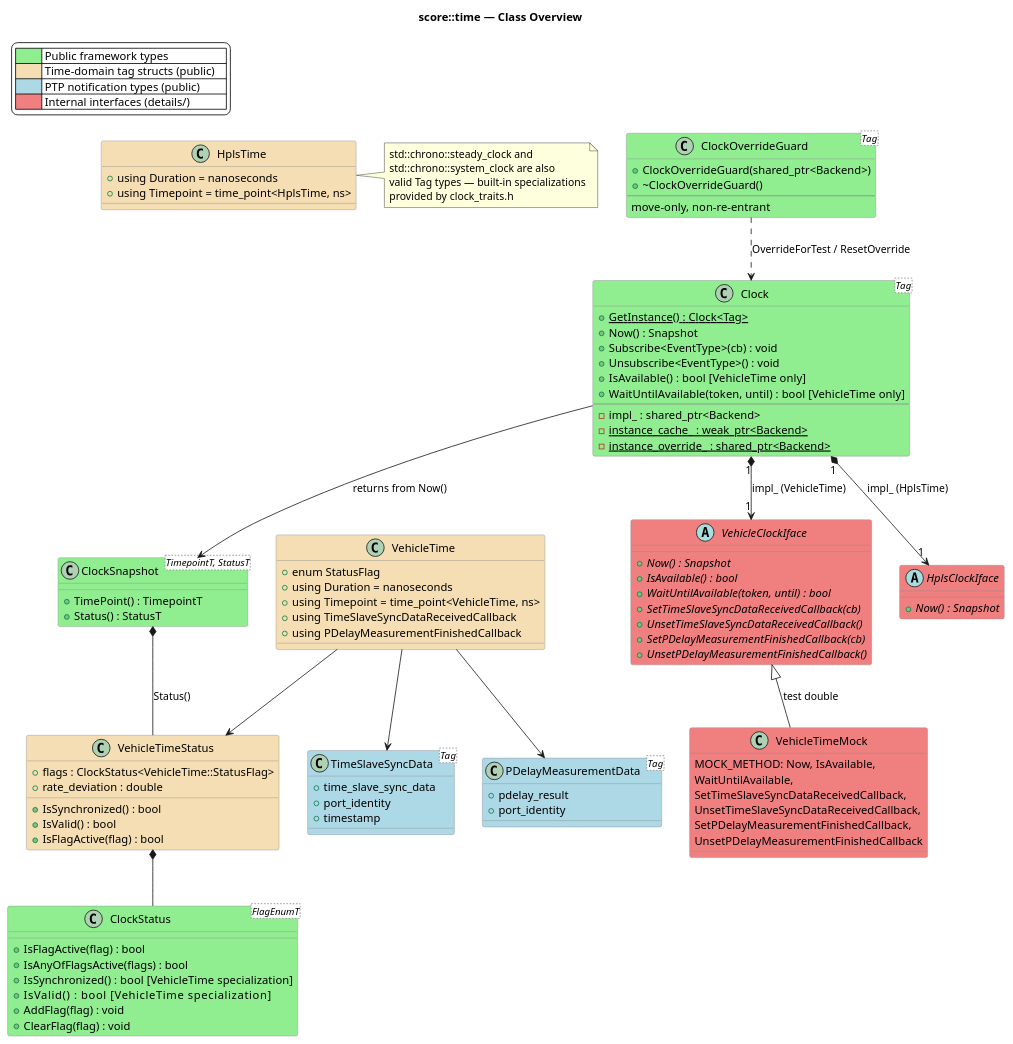
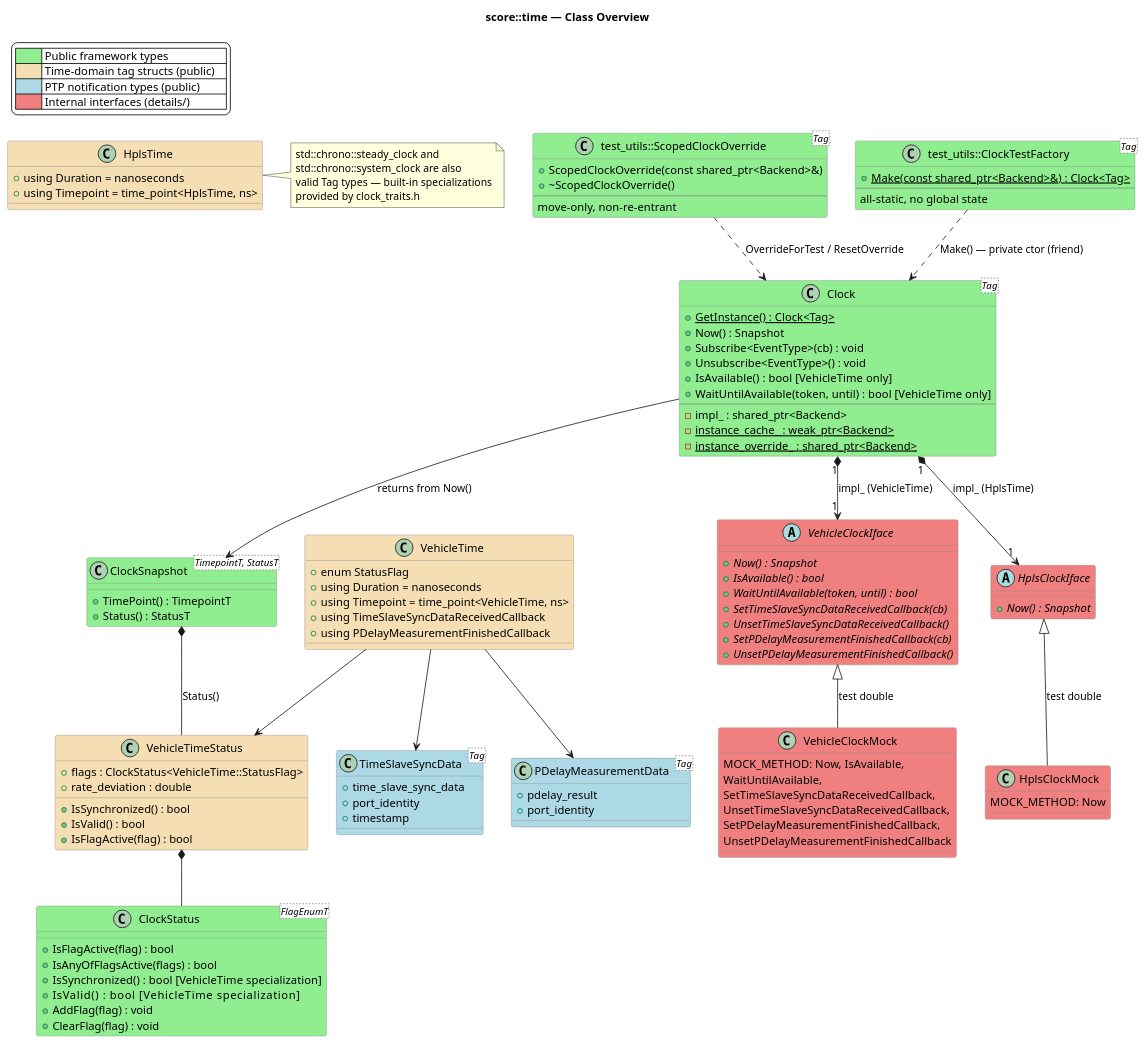
One commit to lavrovvalera/inc_time changed the diagram in docs/time/_assets/class_overview.puml. Above: the diagram before and after it, drawn with PlantUML. The commit also changed 36 other files, not shown here.

```diff
--- a/docs/time/_assets/class_overview.puml
+++ b/docs/time/_assets/class_overview.puml
@@ -1,133 +1,145 @@
 @startuml class_overview
 
 title score::time — Class Overview
 
 skinparam backgroundColor white
 skinparam classBackgroundColor #FAFAFA
 skinparam classBorderColor #888888
 
 legend top left
     | <#LightGreen>    | Public framework types              |
     | <#Wheat>         | Time-domain tag structs (public)    |
     | <#LightBlue>     | PTP notification types (public)     |
     | <#LightCoral>    | Internal interfaces (details/)      |
 endlegend
 
 ' --- Framework ---
 class "Clock<Tag>" as clock #LightGreen {
     + {static} GetInstance() : Clock<Tag>
     + Now() : Snapshot
     + Subscribe<EventType>(cb) : void
     + Unsubscribe<EventType>() : void
     + IsAvailable() : bool  [VehicleTime only]
     + WaitUntilAvailable(token, until) : bool  [VehicleTime only]
     --
     - impl_ : shared_ptr<Backend>
     - {static} instance_cache_ : weak_ptr<Backend>
     - {static} instance_override_ : shared_ptr<Backend>
 }
 
-class "ClockOverrideGuard<Tag>" as guard #LightGreen {
-    + ClockOverrideGuard(shared_ptr<Backend>)
-    + ~ClockOverrideGuard()
+class "test_utils::ScopedClockOverride<Tag>" as guard #LightGreen {
+    + ScopedClockOverride(const shared_ptr<Backend>&)
+    + ~ScopedClockOverride()
     --
     move-only, non-re-entrant
+}
+
+class "test_utils::ClockTestFactory<Tag>" as factory #LightGreen {
+    + {static} Make(const shared_ptr<Backend>&) : Clock<Tag>
+    --
+    all-static, no global state
 }
 
 class "ClockSnapshot<TimepointT, StatusT>" as snapshot #LightGreen {
     + TimePoint() : TimepointT
     + Status() : StatusT
 }
 
 class "ClockStatus<FlagEnumT>" as status #LightGreen {
     + IsFlagActive(flag) : bool
     + IsAnyOfFlagsActive(flags) : bool
     + IsSynchronized() : bool  [VehicleTime specialization]
     + IsValid() : bool          [VehicleTime specialization]
     + AddFlag(flag) : void
     + ClearFlag(flag) : void
 }
 
 ' --- Tags ---
 class "VehicleTime" as vtag #Wheat {
     + enum StatusFlag
     + using Duration = nanoseconds
     + using Timepoint = time_point<VehicleTime, ns>
     + using TimeSlaveSyncDataReceivedCallback
     + using PDelayMeasurementFinishedCallback
 }
 
 class "VehicleTimeStatus" as vstatus #Wheat {
     + flags : ClockStatus<VehicleTime::StatusFlag>
     + rate_deviation : double
     + IsSynchronized() : bool
     + IsValid() : bool
     + IsFlagActive(flag) : bool
 }
 
 class "HplsTime" as htag #Wheat {
     + using Duration = nanoseconds
     + using Timepoint = time_point<HplsTime, ns>
 }
 
 note as ntag
     std::chrono::steady_clock and
     std::chrono::system_clock are also
     valid Tag types — built-in specializations
     provided by clock_traits.h
 end note
 
 ' --- PTP types ---
 class "TimeSlaveSyncData<Tag>" as tss #LightBlue {
     + time_slave_sync_data
     + port_identity
     + timestamp
 }
 
 class "PDelayMeasurementData<Tag>" as pdm #LightBlue {
     + pdelay_result
     + port_identity
 }
 
 ' --- Internal ---
 abstract class "VehicleClockIface" as viface #LightCoral {
     + {abstract} Now() : Snapshot
     + {abstract} IsAvailable() : bool
     + {abstract} WaitUntilAvailable(token, until) : bool
     + {abstract} SetTimeSlaveSyncDataReceivedCallback(cb)
     + {abstract} UnsetTimeSlaveSyncDataReceivedCallback()
     + {abstract} SetPDelayMeasurementFinishedCallback(cb)
     + {abstract} UnsetPDelayMeasurementFinishedCallback()
 }
 
 abstract class "HplsClockIface" as hiface #LightCoral {
     + {abstract} Now() : Snapshot
 }
 
-class "VehicleTimeMock" as vmock #LightCoral {
+class "VehicleClockMock" as vmock #LightCoral {
     MOCK_METHOD: Now, IsAvailable,
     WaitUntilAvailable,
     SetTimeSlaveSyncDataReceivedCallback,
     UnsetTimeSlaveSyncDataReceivedCallback,
     SetPDelayMeasurementFinishedCallback,
     UnsetPDelayMeasurementFinishedCallback
 }
 
+class "HplsClockMock" as hmock #LightCoral {
+    MOCK_METHOD: Now
+}
+
 ' --- Relationships ---
 clock "1" *--> "1" viface : impl_ (VehicleTime)
 clock "1" *--> "1" hiface : impl_ (HplsTime)
 guard ..> clock : OverrideForTest / ResetOverride
+factory ..> clock : Make() — private ctor (friend)
 
 clock --> snapshot : returns from Now()
 snapshot *-- vstatus : Status()
 
 viface <|-- vmock : test double
+hiface <|-- hmock : test double
 
 vtag --> vstatus
 vtag --> tss
 vtag --> pdm
 vstatus *-- status
 
 htag .r. ntag
 
 @enduml
```
